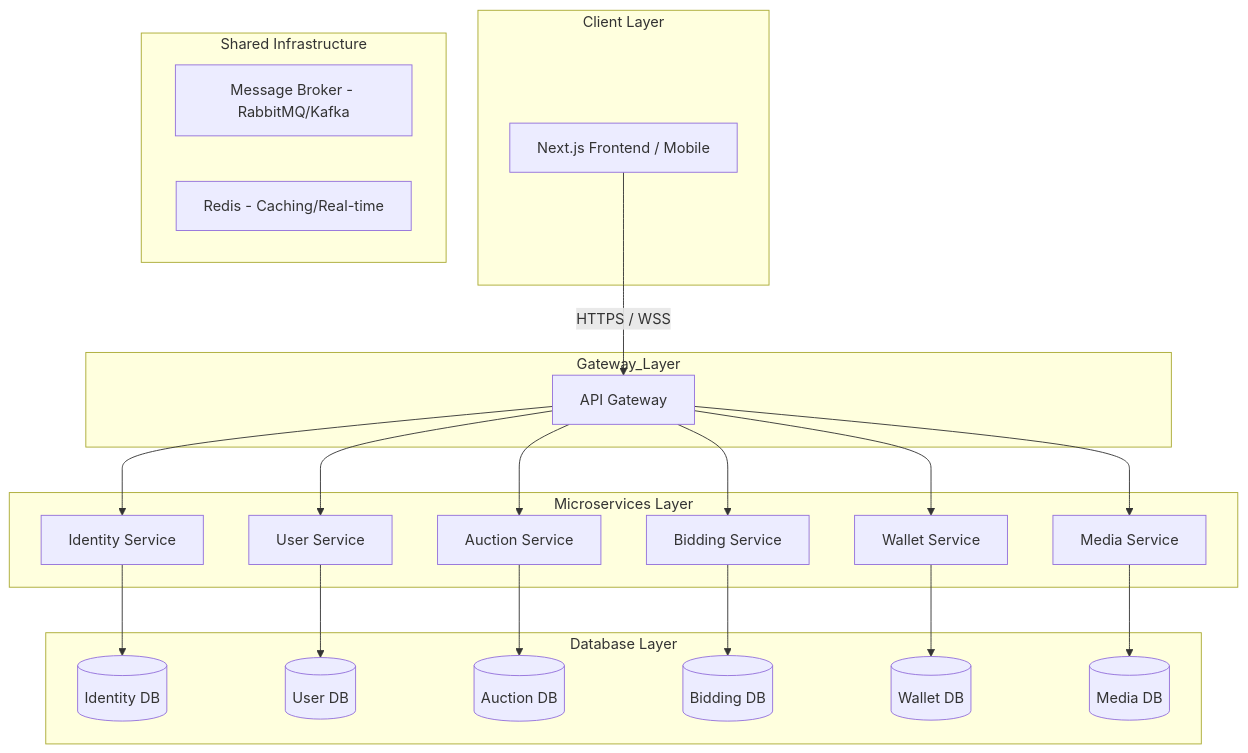
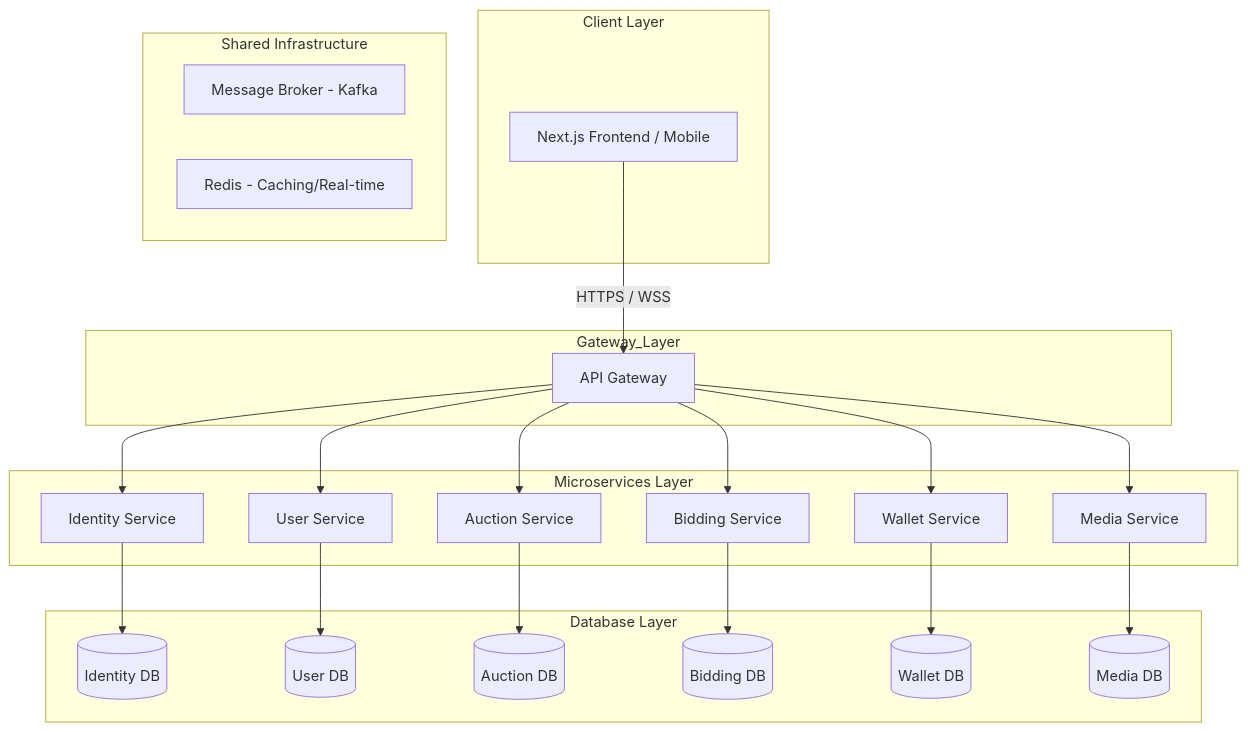
Before and after one commit to KhoaLy2003/bidnow: the diagram in docs/architecture.md, drawn with Mermaid. The commit also changed other lines of this file and 9 other files, not shown here.

````diff
--- a/docs/architecture.md
+++ b/docs/architecture.md
@@ -132,52 +156,52 @@
 ```mermaid
 graph TD
     %% Layers Definition
     subgraph Client_Layer [Client Layer]
         Client[Next.js Frontend / Mobile]
     end
 
     subgraph Gateway_Layer
         Gateway[API Gateway]
     end
 
     subgraph Microservices_Layer [Microservices Layer]
         Identity[Identity Service]
         User[User Service]
         Auction[Auction Service]
         Bidding[Bidding Service]
         Wallet[Wallet Service]
         Notify[Media Service]
     end
 
     subgraph Infrastructure [Shared Infrastructure]
-        Broker[Message Broker - RabbitMQ/Kafka]
+        Broker[Message Broker - Kafka]
         Cache[Redis - Caching/Real-time]
     end
 
     subgraph Database_Layer [Database Layer]
         DB_ID[(Identity DB)]
         DB_User[(User DB)]
         DB_Auc[(Auction DB)]
         DB_Bid[(Bidding DB)]
         DB_Wal[(Wallet DB)]
         DB_Not[(Media DB)]
     end
 
     %% Connections
     Client -->|HTTPS / WSS| Gateway
 
     Gateway --> Identity
     Gateway --> User
     Gateway --> Auction
     Gateway --> Bidding
     Gateway --> Wallet
     Gateway --> Notify
 
     %% Service to DB mappings
     Identity --> DB_ID
     User --> DB_User
     Auction --> DB_Auc
     Bidding --> DB_Bid
     Wallet --> DB_Wal
     Notify --> DB_Not
 ```
````
